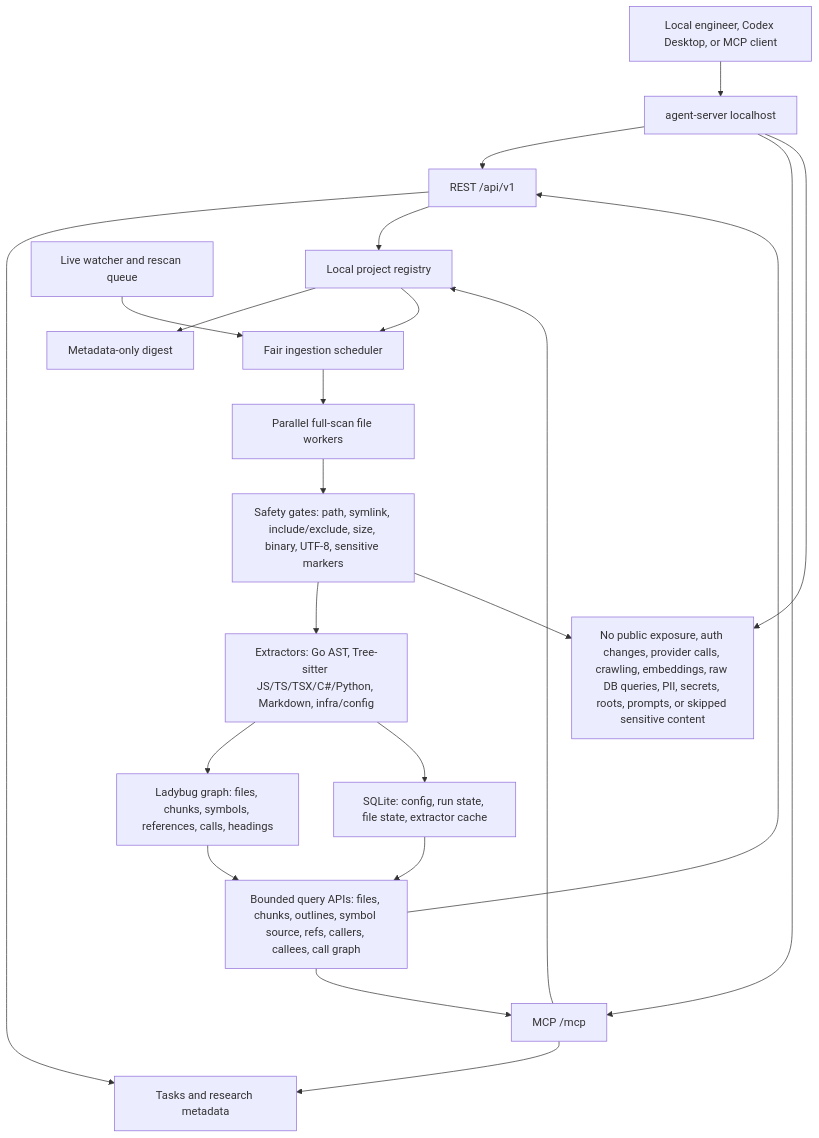
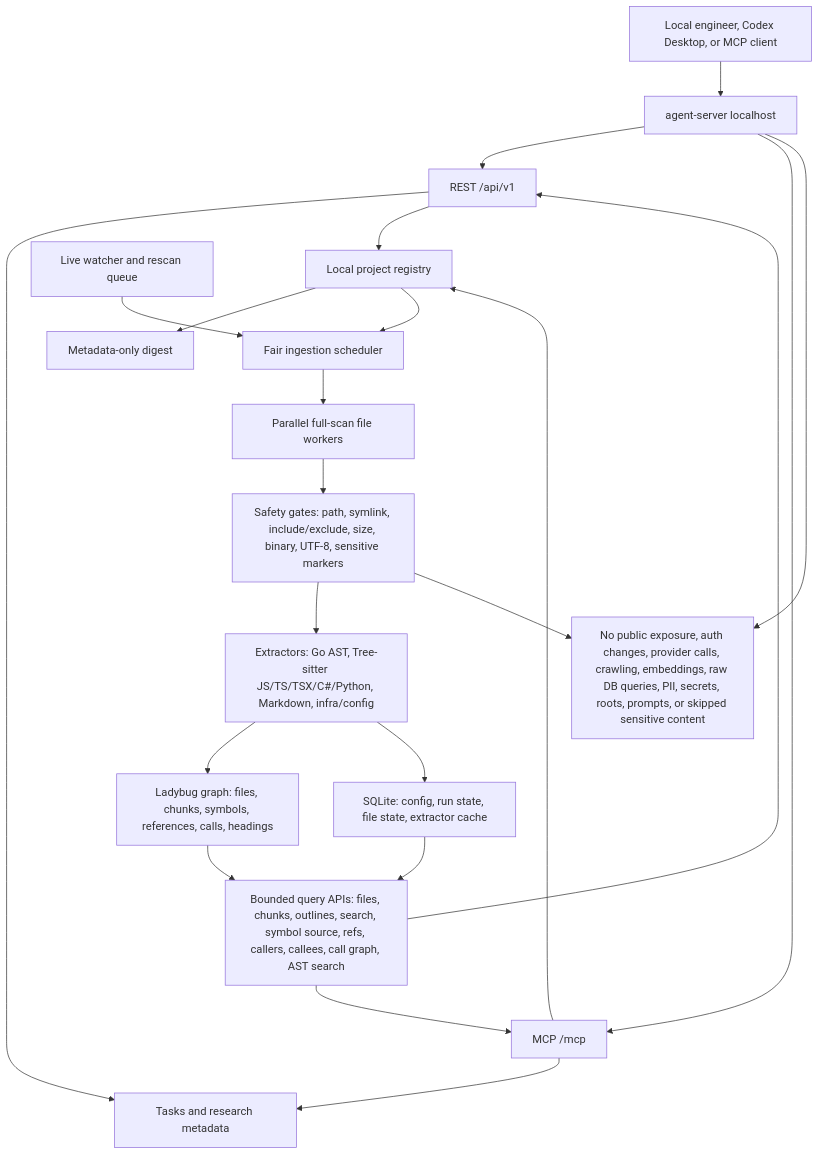
The first of 4 diagrams in README.md (MiviaLabs/go-mivia), drawn with Mermaid before and after one commit. The commit also changed other lines of this file and 19 other files, not shown here.

Commit message:
feat(projects): add named ast search

````diff
--- a/README.md
+++ b/README.md
@@ -15,41 +15,41 @@
 ```mermaid
 flowchart TB
   Client["Local engineer, Codex Desktop, or MCP client"]
   Server["agent-server localhost"]
   REST["REST /api/v1"]
   MCP["MCP /mcp"]
   Tasks["Tasks and research metadata"]
   Registry["Local project registry"]
   Digest["Metadata-only digest"]
   Scheduler["Fair ingestion scheduler"]
   Live["Live watcher and rescan queue"]
   Workers["Parallel full-scan file workers"]
   Safety["Safety gates: path, symlink, include/exclude, size, binary, UTF-8, sensitive markers"]
   Extractors["Extractors: Go AST, Tree-sitter JS/TS/TSX/C#/Python, Markdown, infra/config"]
   Graph["Ladybug graph: files, chunks, symbols, references, calls, headings"]
   SQLite["SQLite: config, run state, file state, extractor cache"]
-  Queries["Bounded query APIs: files, chunks, outlines, symbol source, refs, callers, callees, call graph"]
+  Queries["Bounded query APIs: files, chunks, outlines, search, symbol source, refs, callers, callees, call graph, AST search"]
   Boundaries["No public exposure, auth changes, provider calls, crawling, embeddings, raw DB queries, PII, secrets, roots, prompts, or skipped sensitive content"]
 
   Client --> Server
   Server --> REST
   Server --> MCP
   REST --> Tasks
   MCP --> Tasks
   REST --> Registry
   MCP --> Registry
   Registry --> Digest
   Registry --> Scheduler
   Live --> Scheduler
   Scheduler --> Workers
   Workers --> Safety
   Safety --> Extractors
   Extractors --> Graph
   Extractors --> SQLite
   Graph --> Queries
   SQLite --> Queries
   Queries --> REST
   Queries --> MCP
   Server --> Boundaries
   Safety --> Boundaries
 ```
````
